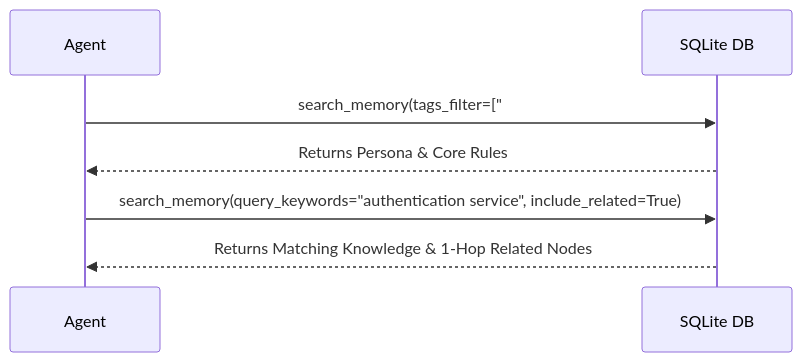
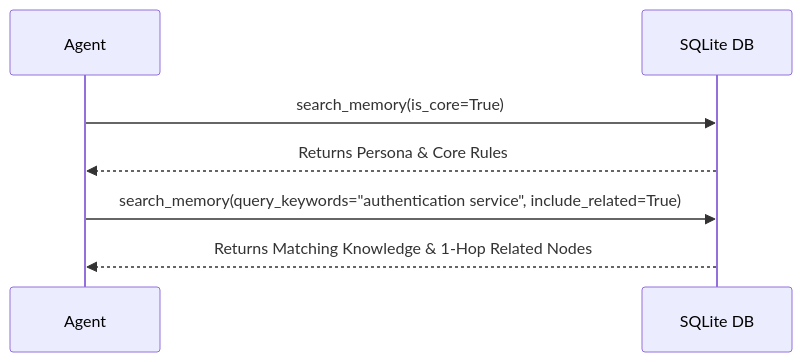
Before and after one commit to zbalint/SALTMDB: the second of 2 diagrams in AGENT_GUIDE.md, drawn with Mermaid. The commit also changed other lines of this file and 4 other files, not shown here.

First line of the commit message:
fix(memory): make is_core the sole source of truth for #core tag sync

````diff
--- a/AGENT_GUIDE.md
+++ b/AGENT_GUIDE.md
@@ -220,9 +220,9 @@
 ```mermaid
 sequenceDiagram
     participant Agent
     participant DB as SQLite DB
-    Agent->>DB: search_memory(tags_filter=["#core"])
+    Agent->>DB: search_memory(is_core=True)
     DB-->>Agent: Returns Persona & Core Rules
     Agent->>DB: search_memory(query_keywords="authentication service", include_related=True)
     DB-->>Agent: Returns Matching Knowledge & 1-Hop Related Nodes
 ```
````
